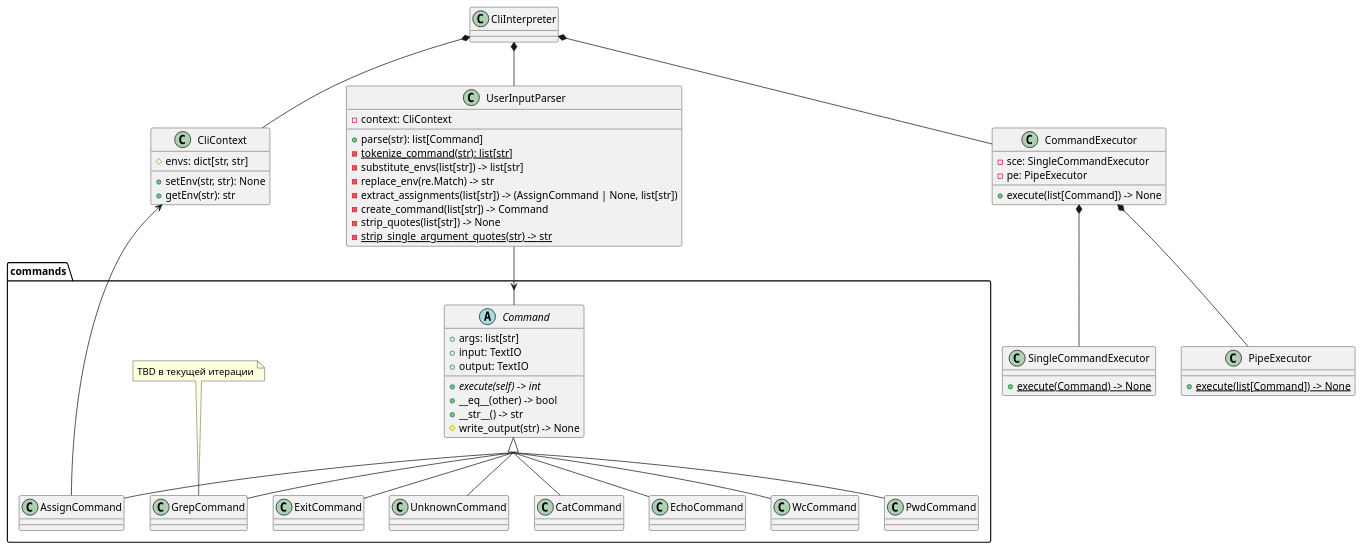
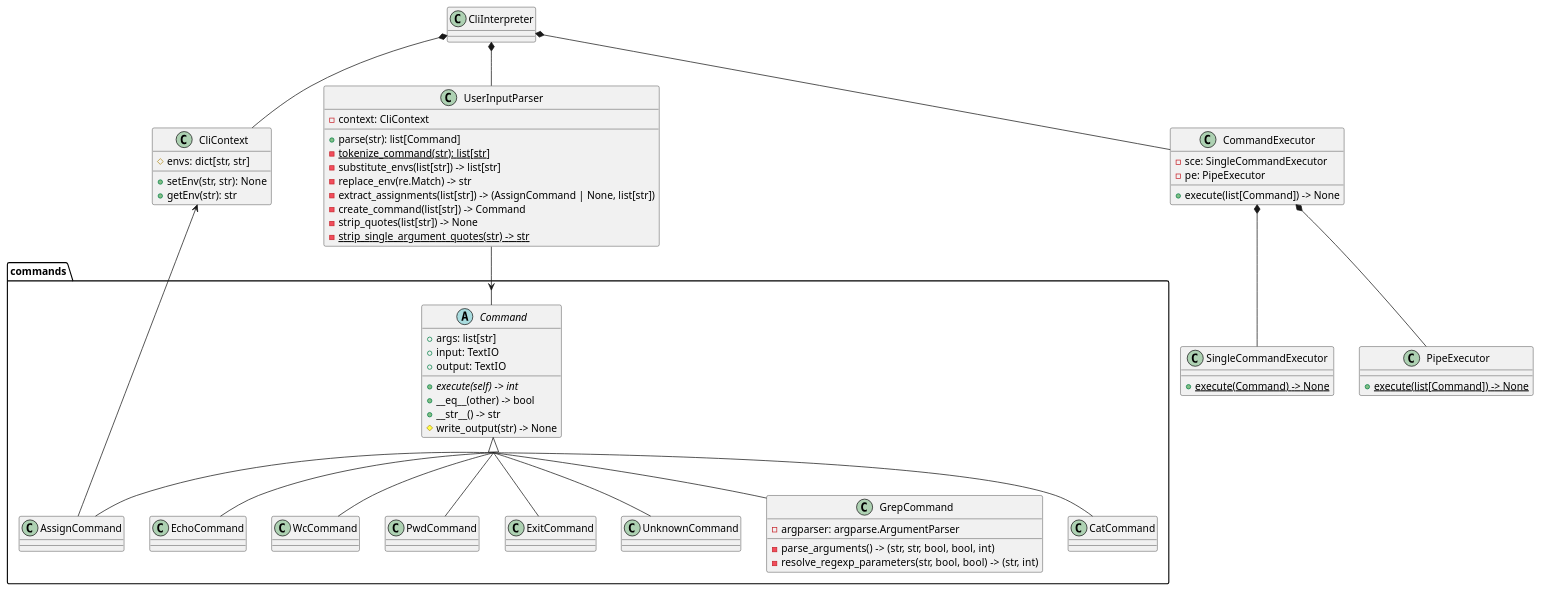
The diagram in docs/class_schema.puml (mozhayka/sd_hw1_cli), drawn with PlantUML before and after one commit. The commit also changed 3 other files, not shown here.

Commit message:
Реорганизовал и декомпозировал код grep_command, отразил изменения в class_schema.puml

```diff
--- a/docs/class_schema.puml
+++ b/docs/class_schema.puml
@@ -1,97 +1,96 @@
 @startuml
 skinparam groupInheritance 4
 
 class CliInterpreter {
 }
 
 class CliContext {
     # envs: dict[str, str]
     + setEnv(str, str): None
     + getEnv(str): str
 }
 
 class UserInputParser {
     - context: CliContext
     + parse(str): list[Command]
     - {static} tokenize_command(str): list[str]
     - substitute_envs(list[str]) -> list[str]
     - replace_env(re.Match) -> str
     - extract_assignments(list[str]) -> (AssignCommand | None, list[str])
     - create_command(list[str]) -> Command
     - strip_quotes(list[str]) -> None
     - {static} strip_single_argument_quotes(str) -> str
 }
 
 class CommandExecutor {
     - sce: SingleCommandExecutor
     - pe: PipeExecutor
     + execute(list[Command]) -> None
 }
 
 class SingleCommandExecutor {
     + {static} execute(Command) -> None
 }
 
 class PipeExecutor {
     + {static} execute(list[Command]) -> None
 }
 
 package commands {
     abstract class Command {
         + args: list[str]
         + input: TextIO
         + output: TextIO
         + {abstract} execute(self) -> int
         + __eq__(other) -> bool
         + __str__() -> str
         # write_output(str) -> None
     }
 
     class CatCommand {
     }
 
     class EchoCommand {
     }
 
     class WcCommand {
     }
 
     class PwdCommand {
     }
 
     class ExitCommand {
     }
 
     class AssignCommand {
     }
 
     class UnknownCommand {
     }
 
     class GrepCommand {
+        - argparser: argparse.ArgumentParser
+        - parse_arguments() -> (str, str, bool, bool, int)
+        - resolve_regexp_parameters(str, bool, bool) -> (str, int)
     }
-
-    note top of GrepCommand
-      TBD в текущей итерации
-    end note
 }
 
 CliInterpreter *-- UserInputParser
 CliInterpreter *-- CommandExecutor
 CliInterpreter *-- CliContext
 
 UserInputParser --> Command
 CommandExecutor *-- SingleCommandExecutor
 CommandExecutor *-- PipeExecutor
 
 Command <|-- CatCommand
 Command <|-- EchoCommand
 Command <|-- WcCommand
 Command <|-- PwdCommand
 Command <|-- ExitCommand
 Command <|-- AssignCommand
 CliContext <-- AssignCommand
 Command <|-- UnknownCommand
 Command <|-- GrepCommand
 
 @enduml
```
